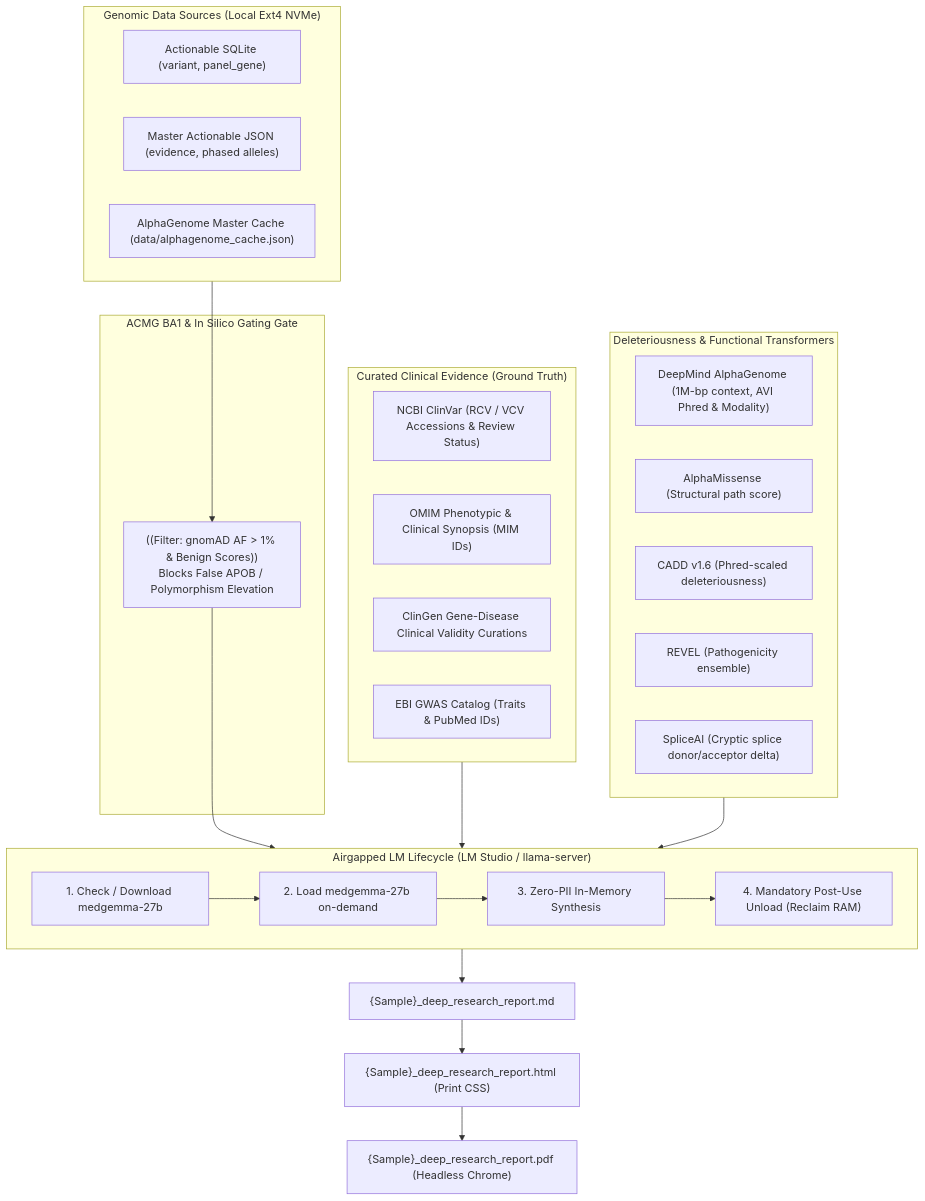
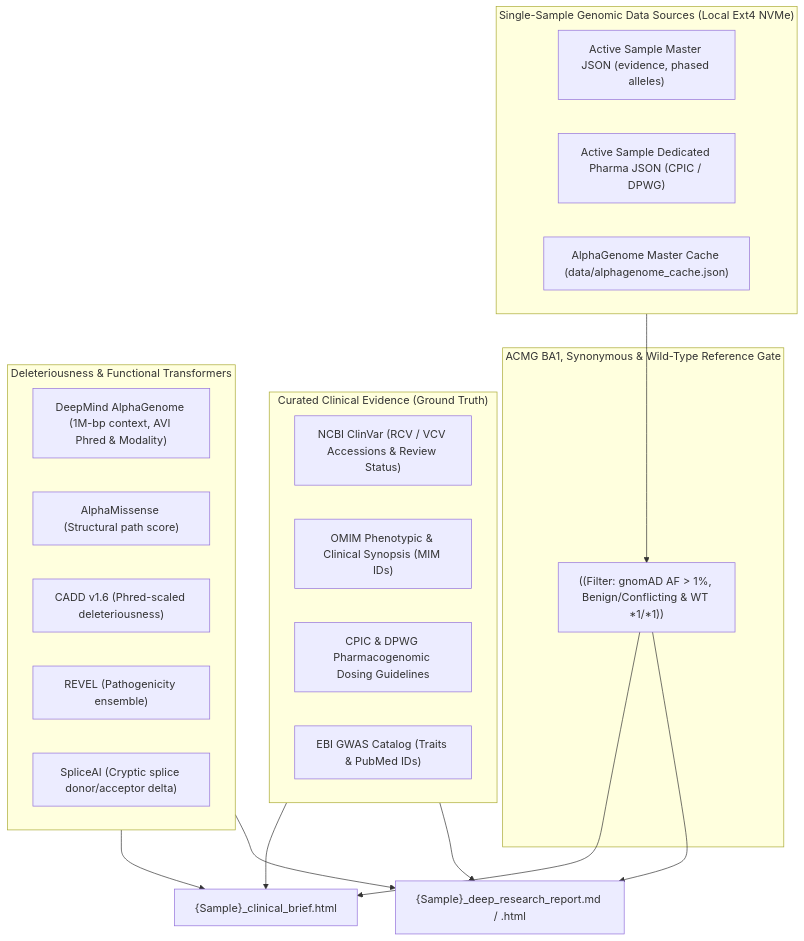
Before and after one commit to dehrle0/genomics-ontology: the diagram in skills/deep-variant-research-report/SKILL.md, drawn with Mermaid. The commit also changed other lines of this file and 18 other files, not shown here.

Commit message:
feat(reports): add New & (old) Clinical Briefs, Deep Research Dossiers, Dashboard Tier-1/Top-N HTML/MHTML/PDF snapshots, VCF depth telemetry, and updated skills

````diff
--- a/skills/deep-variant-research-report/SKILL.md
+++ b/skills/deep-variant-research-report/SKILL.md
@@ -65,39 +58,31 @@
 ```mermaid
 flowchart TD
-    subgraph Genomic_Inputs["Genomic Data Sources (Local Ext4 NVMe)"]
-        DB["Actionable SQLite (variant, panel_gene)"]
-        JSON["Master Actionable JSON (evidence, phased alleles)"]
+    subgraph Genomic_Inputs["Single-Sample Genomic Data Sources (Local Ext4 NVMe)"]
+        JSON["Active Sample Master JSON (evidence, phased alleles)"]
+        PGX["Active Sample Dedicated Pharma JSON (CPIC / DPWG)"]
         AG_CACHE["AlphaGenome Master Cache (data/alphagenome_cache.json)"]
     end
 
-    subgraph ACMG_Gating["ACMG BA1 & In Silico Gating Gate"]
-        GATE["((Filter: gnomAD AF > 1% & Benign Scores))<br/>Blocks False APOB / Polymorphism Elevation"]
+    subgraph ACMG_Gating["ACMG BA1, Synonymous & Wild-Type Reference Gate"]
+        GATE["((Filter: gnomAD AF > 1%, Benign/Conflicting & WT *1/*1))"]
     end
 
     subgraph Evidence_Layer["Curated Clinical Evidence (Ground Truth)"]
         CV["NCBI ClinVar (RCV / VCV Accessions & Review Status)"]
         OMIM["OMIM Phenotypic & Clinical Synopsis (MIM IDs)"]
-        CLINGEN["ClinGen Gene-Disease Clinical Validity Curations"]
+        CPIC["CPIC & DPWG Pharmacogenomic Dosing Guidelines"]
         GWAS["EBI GWAS Catalog (Traits & PubMed IDs)"]
     end
 
     subgraph AI_Ensemble["Deleteriousness & Functional Transformers"]
         AG["DeepMind AlphaGenome (1M-bp context, AVI Phred & Modality)"]
         AM["AlphaMissense (Structural path score)"]
         CADD["CADD v1.6 (Phred-scaled deleteriousness)"]
         REV["REVEL (Pathogenicity ensemble)"]
         SPL["SpliceAI (Cryptic splice donor/acceptor delta)"]
     end
 
-    subgraph Local_LM_Lifecycle["Airgapped LM Lifecycle (LM Studio / llama-server)"]
-        CHECK_DL["1. Check / Download medgemma-27b"] --> LOAD_LM["2. Load medgemma-27b on-demand"]
-        LOAD_LM --> INFER["3. Zero-PII In-Memory Synthesis"]
-        INFER --> UNLOAD_LM["4. Mandatory Post-Use Unload (Reclaim RAM)"]
-    end
-
     Genomic_Inputs --> GATE
-    GATE & Evidence_Layer & AI_Ensemble --> Local_LM_Lifecycle
-    Local_LM_Lifecycle --> OUT_MD["{Sample}_deep_research_report.md"]
-    OUT_MD --> OUT_HTML["{Sample}_deep_research_report.html (Print CSS)"]
-    OUT_HTML --> OUT_PDF["{Sample}_deep_research_report.pdf (Headless Chrome)"]
+    GATE & Evidence_Layer & AI_Ensemble --> OUT_BRIEF["{Sample}_clinical_brief.html"]
+    GATE & Evidence_Layer & AI_Ensemble --> OUT_MD["{Sample}_deep_research_report.md / .html"]
 ```
````
